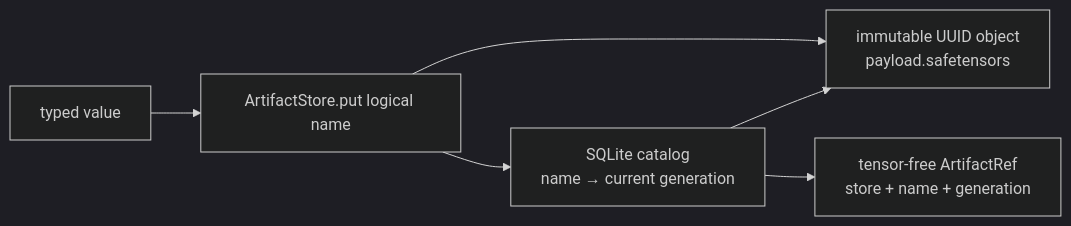
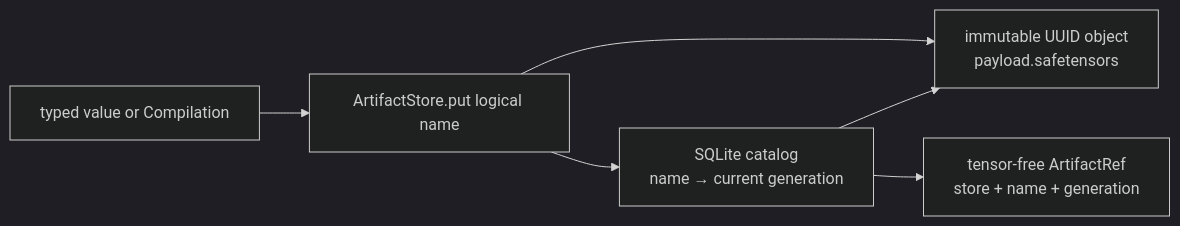
Before and after one commit to visualDust/fhelium: the third of 4 diagrams in docs/concepts/execution/serialization-and-artifacts.md, drawn with Mermaid (dark theme). The commit also changed other lines of this file and 426 other files, not shown here.

````diff
--- a/docs/concepts/execution/serialization-and-artifacts.md
+++ b/docs/concepts/execution/serialization-and-artifacts.md
@@ -82,13 +90,13 @@
 ```mermaid
 graph LR
-    VALUE[typed value]
+    VALUE[typed value or Compilation]
     PUT[ArtifactStore.put logical name]
     OBJECT[immutable UUID object<br/>payload.safetensors]
     CATALOG[SQLite catalog<br/>name → current generation]
     REF[tensor-free ArtifactRef<br/>store + name + generation]
     VALUE --> PUT
     PUT --> OBJECT
     PUT --> CATALOG
     CATALOG --> OBJECT
     CATALOG --> REF
 ```
````
